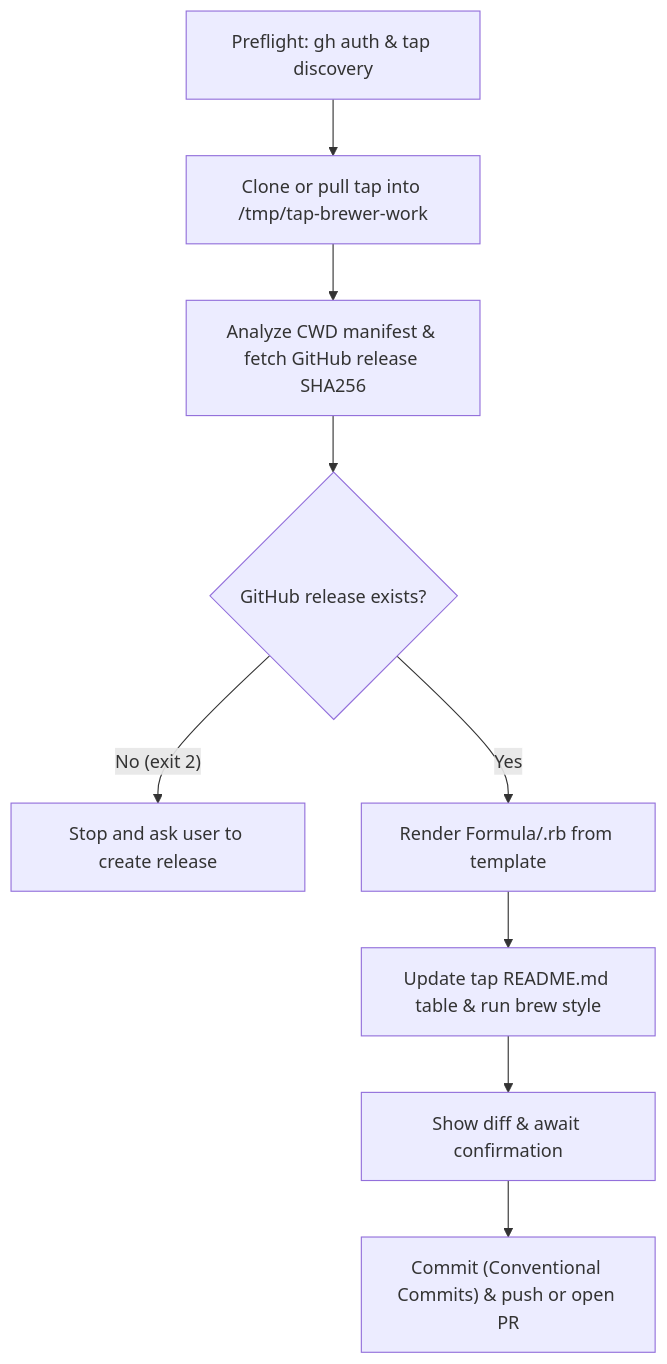
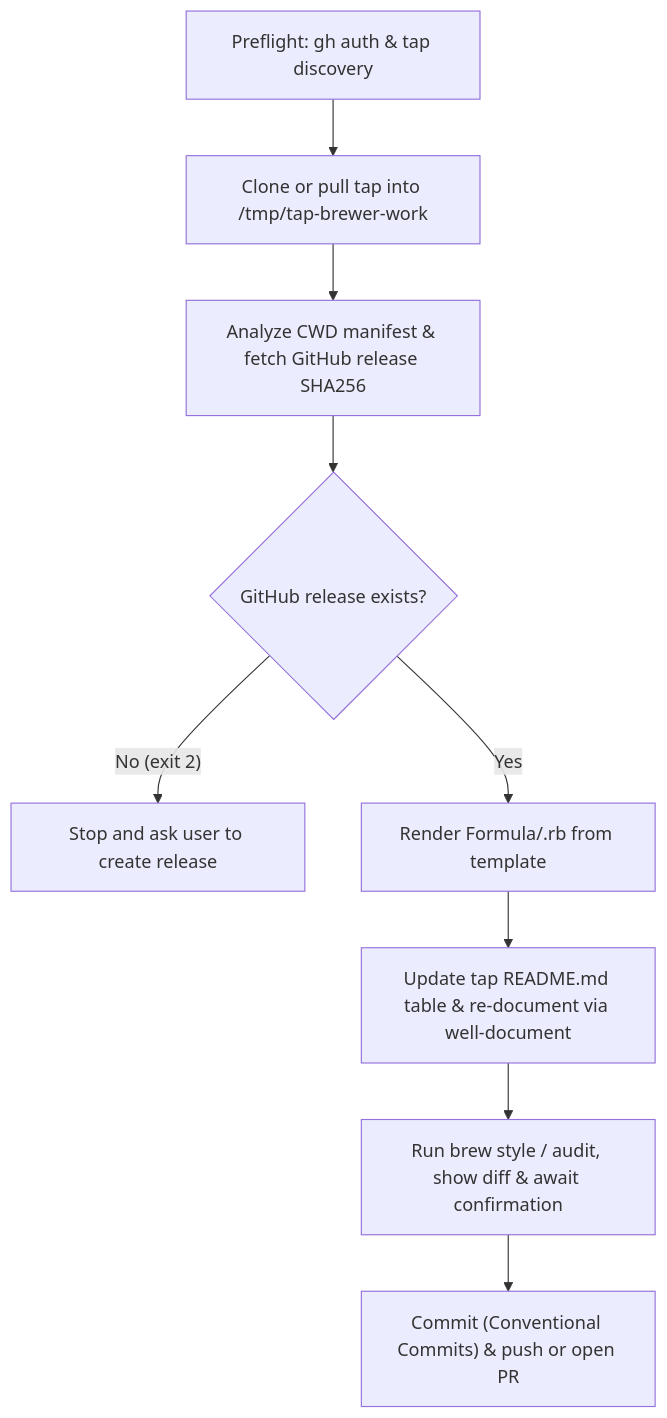
One commit to AtaCanYmc/tap-brewer changed the diagram in README.md. Above: the diagram before and after it, drawn with Mermaid. The commit also changed other lines of this file and 19 other files, not shown here.

````diff
--- a/README.md
+++ b/README.md
@@ -18,11 +21,11 @@
 ```mermaid
 flowchart TD
     A["Preflight: gh auth & tap discovery"] --> B["Clone or pull tap into /tmp/tap-brewer-work"]
     B --> C["Analyze CWD manifest & fetch GitHub release SHA256"]
     C --> D{"GitHub release exists?"}
     D -->|"No (exit 2)"| E["Stop and ask user to create release"]
     D -->|"Yes"| F["Render Formula/<name>.rb from template"]
-    F --> G["Update tap README.md table & run brew style"]
-    G --> H["Show diff & await confirmation"]
+    F --> G["Update tap README.md table & re-document via well-document"]
+    G --> H["Run brew style / audit, show diff & await confirmation"]
     H --> I["Commit (Conventional Commits) & push or open PR"]
 ```
````
